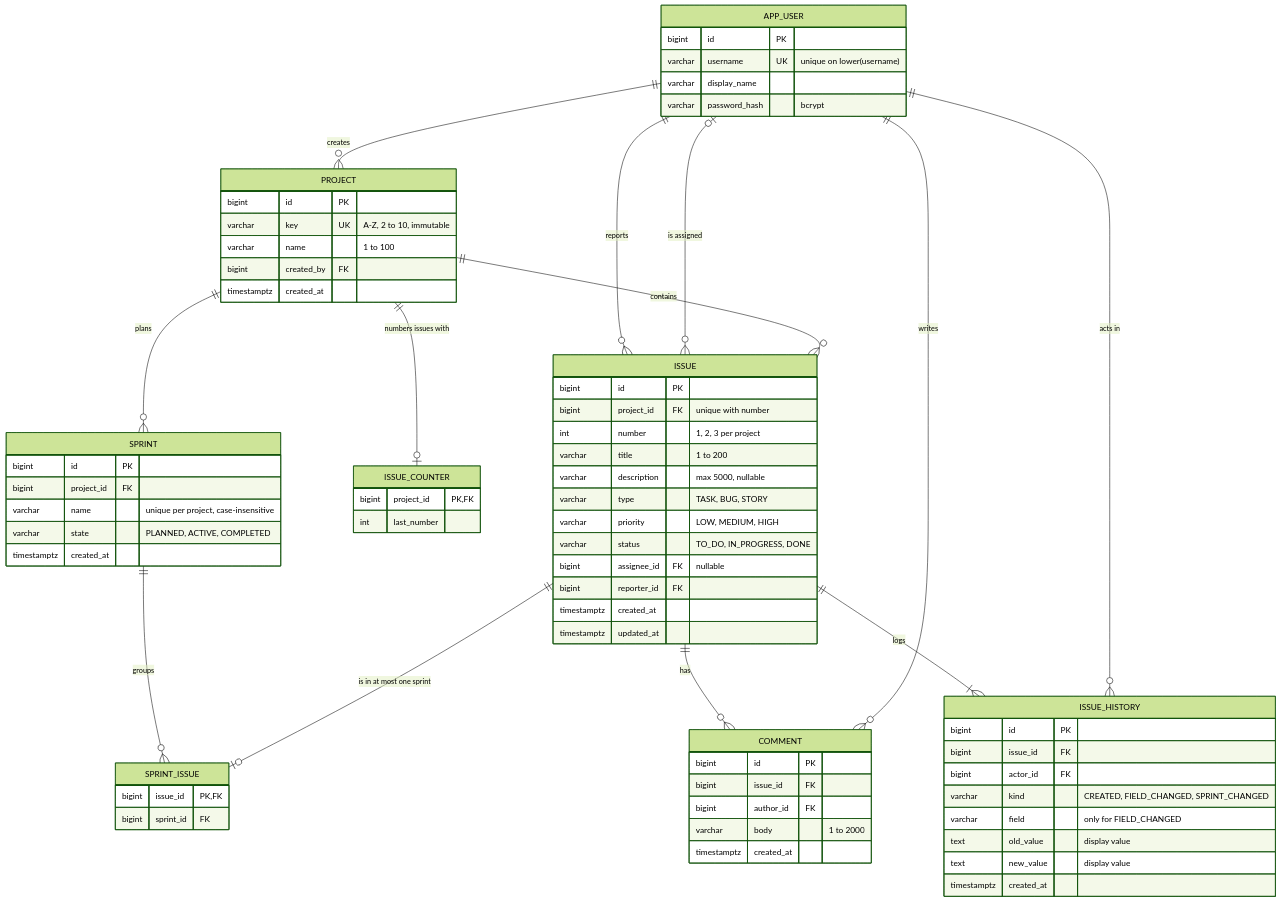
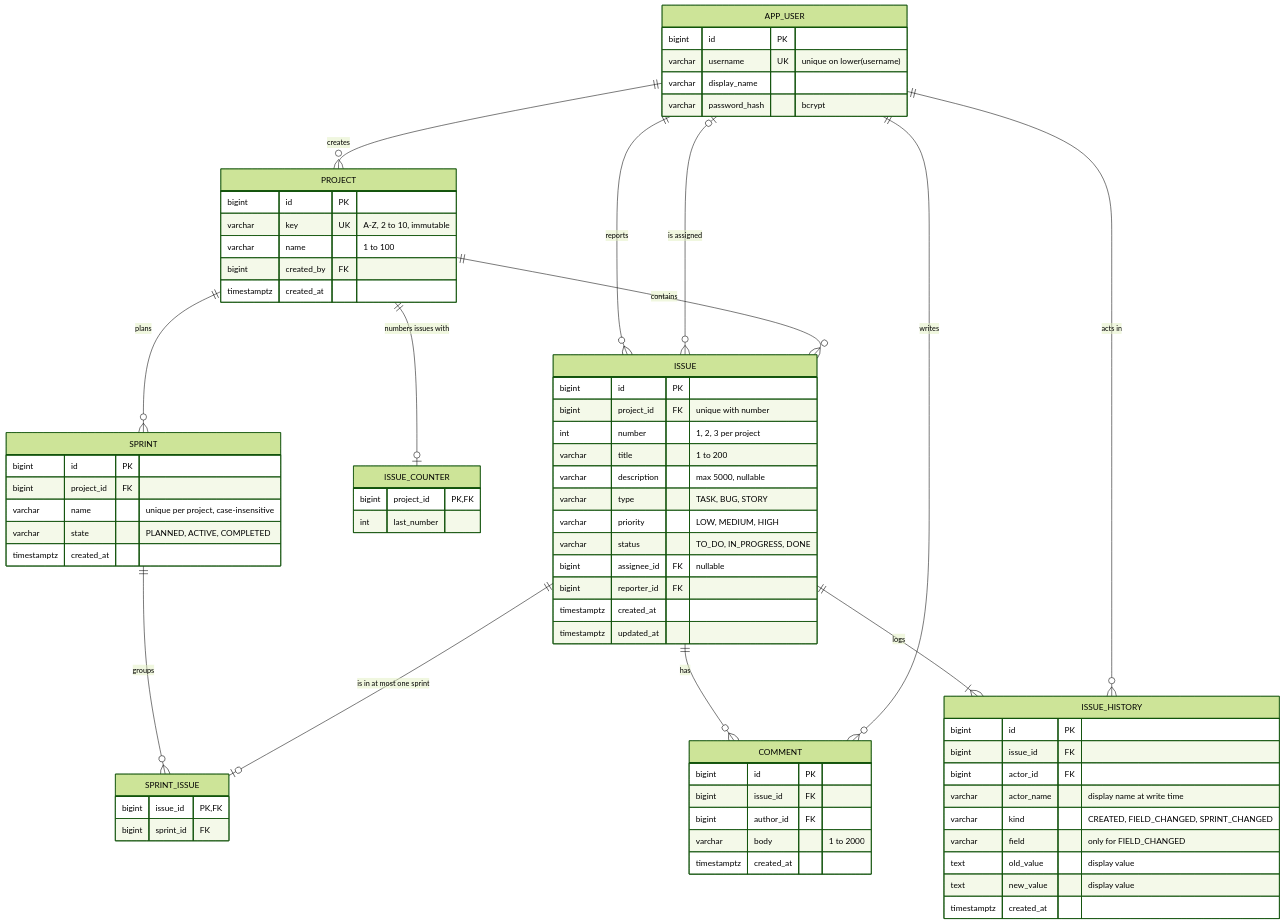
The diagram in docs/database.md (rueloparente-ppb/matriz), drawn with Mermaid (forest theme) before and after one commit. The commit also changed other lines of this file and 10 other files, not shown here.

````diff
--- a/docs/database.md
+++ b/docs/database.md
@@ -121,75 +122,76 @@
 ```mermaid
 erDiagram
     APP_USER ||--o{ PROJECT : "creates"
     APP_USER ||--o{ ISSUE : "reports"
     APP_USER |o--o{ ISSUE : "is assigned"
     PROJECT ||--o{ ISSUE : "contains"
     PROJECT ||--o| ISSUE_COUNTER : "numbers issues with"
     PROJECT ||--o{ SPRINT : "plans"
     SPRINT ||--o{ SPRINT_ISSUE : "groups"
     ISSUE ||--o| SPRINT_ISSUE : "is in at most one sprint"
     ISSUE ||--o{ COMMENT : "has"
     APP_USER ||--o{ COMMENT : "writes"
     ISSUE ||--|{ ISSUE_HISTORY : "logs"
     APP_USER ||--o{ ISSUE_HISTORY : "acts in"
 
     APP_USER {
         bigint id PK
         varchar username UK "unique on lower(username)"
         varchar display_name
         varchar password_hash "bcrypt"
     }
     PROJECT {
         bigint id PK
         varchar key UK "A-Z, 2 to 10, immutable"
         varchar name "1 to 100"
         bigint created_by FK
         timestamptz created_at
     }
     ISSUE_COUNTER {
         bigint project_id PK, FK
         int last_number
     }
     ISSUE {
         bigint id PK
         bigint project_id FK "unique with number"
         int number "1, 2, 3 per project"
         varchar title "1 to 200"
         varchar description "max 5000, nullable"
         varchar type "TASK, BUG, STORY"
         varchar priority "LOW, MEDIUM, HIGH"
         varchar status "TO_DO, IN_PROGRESS, DONE"
         bigint assignee_id FK "nullable"
         bigint reporter_id FK
         timestamptz created_at
         timestamptz updated_at
     }
     SPRINT {
         bigint id PK
         bigint project_id FK
         varchar name "unique per project, case-insensitive"
         varchar state "PLANNED, ACTIVE, COMPLETED"
         timestamptz created_at
     }
     SPRINT_ISSUE {
         bigint issue_id PK, FK
         bigint sprint_id FK
     }
     COMMENT {
         bigint id PK
         bigint issue_id FK
         bigint author_id FK
         varchar body "1 to 2000"
         timestamptz created_at
     }
     ISSUE_HISTORY {
         bigint id PK
         bigint issue_id FK
         bigint actor_id FK
+        varchar actor_name "display name at write time"
         varchar kind "CREATED, FIELD_CHANGED, SPRINT_CHANGED"
         varchar field "only for FIELD_CHANGED"
         text old_value "display value"
         text new_value "display value"
         timestamptz created_at
     }
 ```
````
